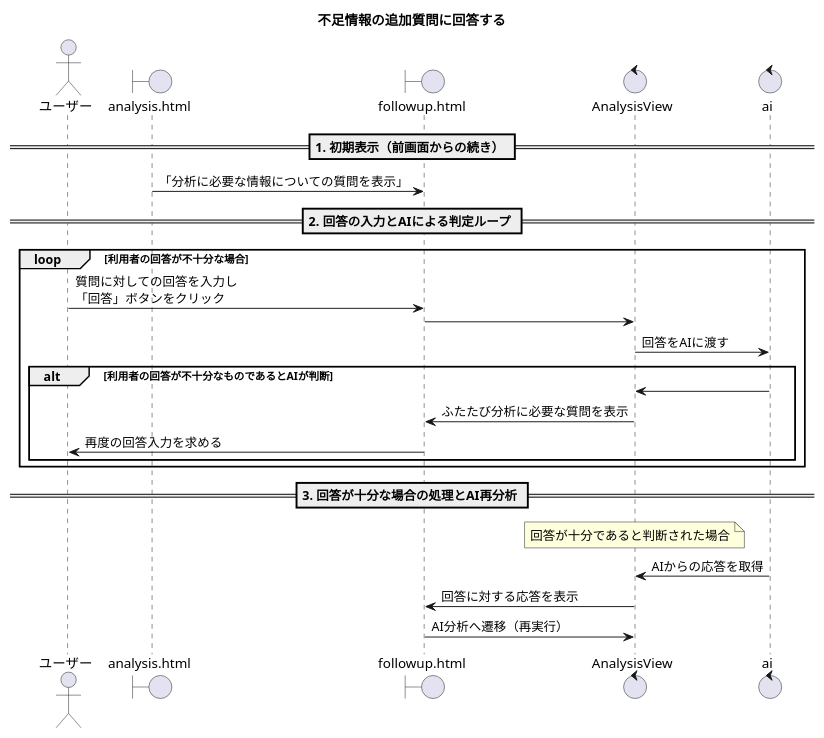
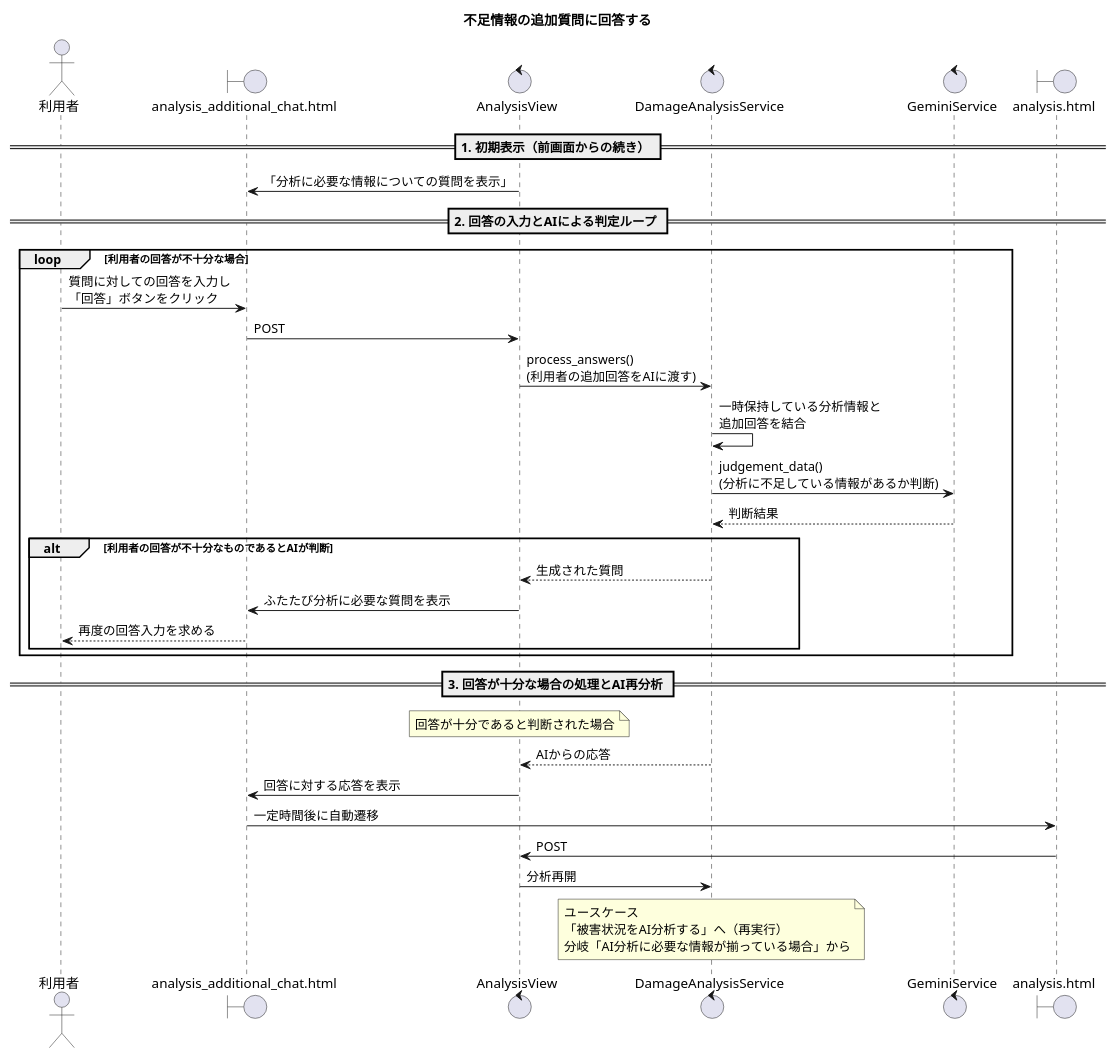
One commit to Kotarou-Tanoue/tanouesoftware changed the eighth of 17 diagrams in 20_システム設計書/図24_シーケンス.puml. Above: the diagram before and after it, drawn with PlantUML. The commit also changed other lines of this file and 3 other files, not shown here.

```diff
--- a/20_システム設計書/図24_シーケンス.puml
+++ b/20_システム設計書/図24_シーケンス.puml
@@ -422,33 +469,40 @@
 @startuml 不足情報の追加質問に回答する
     title 不足情報の追加質問に回答する
 
-    actor "ユーザー" as a1
-    boundary "analysis.html" as b1
-    boundary "followup.html" as b2
+    actor "利用者" as a1
+    boundary "analysis_additional_chat.html" as b1
     control "AnalysisView" as c1
-    control "ai"
+    control "DamageAnalysisService" as s1
+    control "GeminiService" as s2
+    boundary "analysis.html" as b2
 
     == 1. 初期表示（前画面からの続き） ==
-    b1 -> b2 : 「分析に必要な情報についての質問を表示」
+    c1 -> b1 : 「分析に必要な情報についての質問を表示」
 
     == 2. 回答の入力とAIによる判定ループ ==
     loop 利用者の回答が不十分な場合
-        a1 -> b2 : 質問に対しての回答を入力し\n「回答」ボタンをクリック
-        b2 -> c1
-        c1 -> ai : 回答をAIに渡す
+        a1 -> b1 : 質問に対しての回答を入力し\n「回答」ボタンをクリック
+        b1 -> c1 : POST
+        c1 -> s1 : process_answers() \n(利用者の追加回答をAIに渡す)
+        s1 -> s1 : 一時保持している分析情報と\n追加回答を結合
+        s1 -> s2 : judgement_data() \n(分析に不足している情報があるか判断)
+        s2 --> s1 : 判断結果
         alt 利用者の回答が不十分なものであるとAIが判断
-            ai -> c1
-            c1 -> b2 : ふたたび分析に必要な質問を表示
-            b2 -> a1 : 再度の回答入力を求める
+            s1 --> c1 : 生成された質問
+            c1 -> b1 : ふたたび分析に必要な質問を表示
+            b1 --> a1 : 再度の回答入力を求める
         end
     end
 
     == 3. 回答が十分な場合の処理とAI再分析 ==
     note over c1 : 回答が十分であると判断された場合
 
-    ai -> c1 : AIからの応答を取得
-    c1 -> b2 : 回答に対する応答を表示
+    s1 --> c1 : AIからの応答
+    c1 -> b1 : 回答に対する応答を表示
 
-    b2 -> c1 : AI分析へ遷移（再実行）
+    b1 -> b2 : 一定時間後に自動遷移
+    b2 -> c1 : POST
+    c1 -> s1 : 分析再開
+    note over s1 : ユースケース\n「被害状況をAI分析する」へ（再実行）\n分岐「AI分析に必要な情報が揃っている場合」から
 
 @enduml
```
